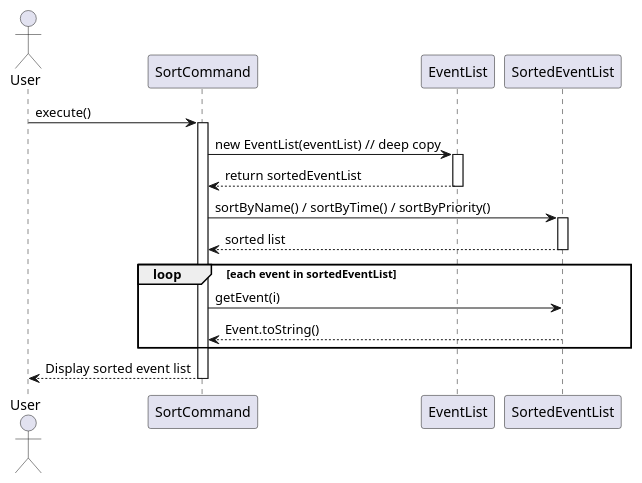
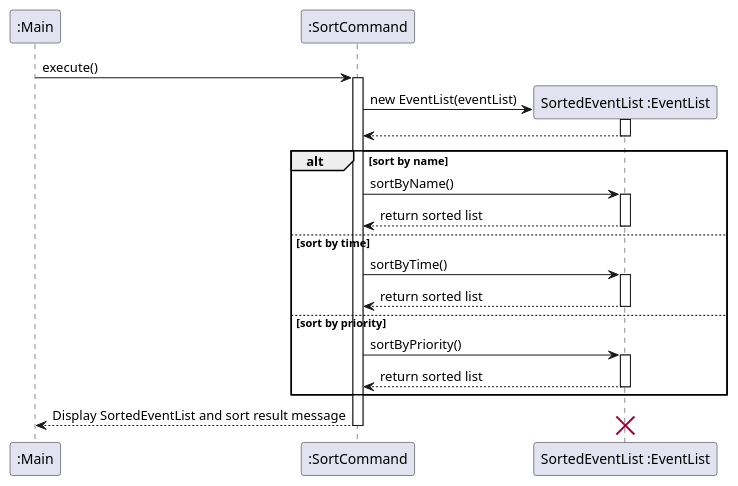
One commit to nus-cs2113-AY2425S1/tp changed the diagram in docs/diagrams/SortCommandSequenceDiagram.puml. Above: the diagram before and after it, drawn with PlantUML. The commit also changed 3 other files, not shown here.

Commit message:
Edited sequence diagrams for copy, find, filter and sort commands

```diff
--- a/docs/diagrams/SortCommandSequenceDiagram.puml
+++ b/docs/diagrams/SortCommandSequenceDiagram.puml
@@ -1,27 +1,36 @@
 @startuml
-actor User
-participant "SortCommand" as SC
-participant "EventList" as EL
-participant "SortedEventList" as SEL
+participant ":Main" as Main
+participant ":SortCommand" as SC
 
-User -> SC: execute()
+Main -> SC: execute()
 activate SC
-SC -> EL: new EventList(eventList) // deep copy
-activate EL
-EL --> SC: return sortedEventList
-deactivate EL
 
-SC -> SEL: sortByName() / sortByTime() / sortByPriority()
+create participant "SortedEventList :EventList" as SEL
+SC -> SEL : new EventList(eventList)
 activate SEL
-SEL --> SC: sorted list
+SEL --> SC:
 deactivate SEL
 
-loop each event in sortedEventList
-  SC -> SEL: getEvent(i)
-  SEL --> SC: Event.toString()
-end loop
+alt sort by name
+    SC -> SEL: sortByName()
+    activate SEL
+    SEL --> SC: return sorted list
+    deactivate SEL
+else sort by time
+    SC -> SEL: sortByTime()
+    activate SEL
+    SEL --> SC: return sorted list
+    deactivate SEL
+else sort by priority
+    SC -> SEL: sortByPriority()
+    activate SEL
+    SEL --> SC: return sorted list
+    deactivate SEL
 
-SC --> User: Display sorted event list
+end alt
+
+SC --> Main: Display SortedEventList and sort result message
 deactivate SC
+destroy SEL
 
 @enduml
```
